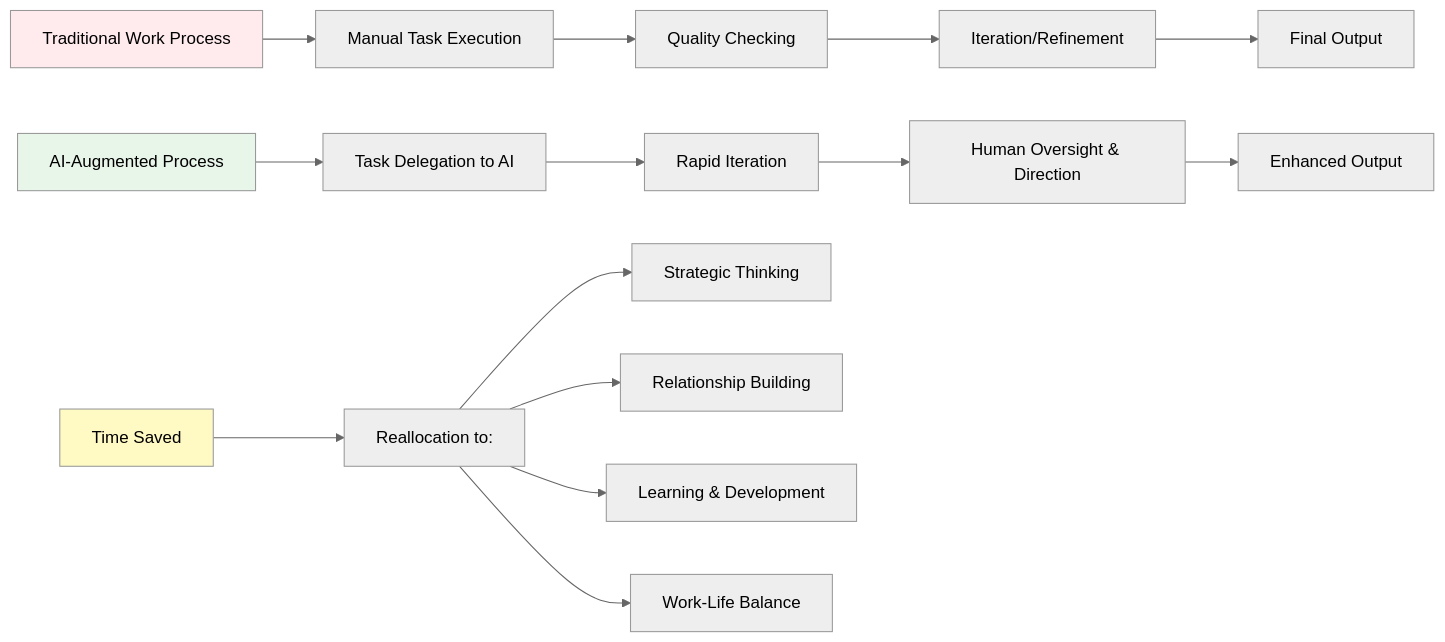
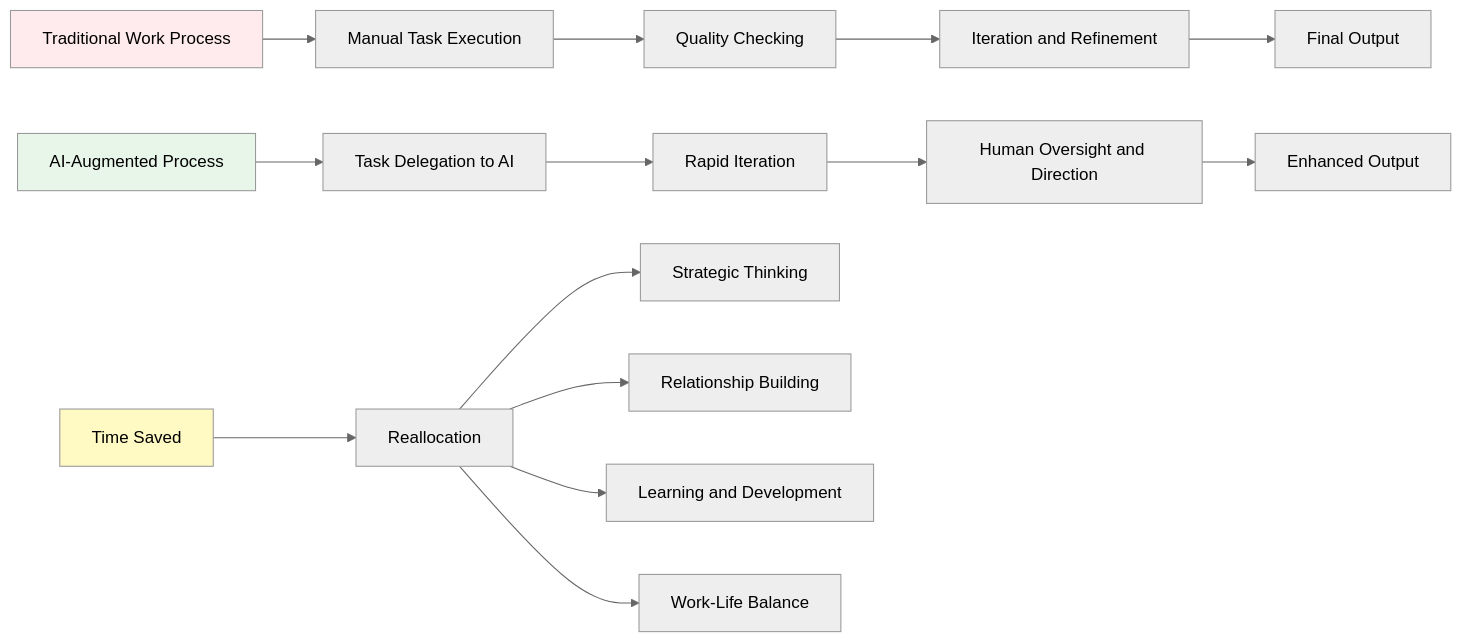
One commit to mikenguyen13/ai_in_action changed the second of 4 diagrams in 1091-llm-economics-overview.qmd. Above: the diagram before and after it, drawn with Mermaid. The commit also changed other lines of this file and 52 other files, not shown here.

Commit message:
Fix Mermaid rendering in 22 chapters: remove ampersands and br tags from node labels, move detail to tables

````diff
--- a/1091-llm-economics-overview.qmd
+++ b/1091-llm-economics-overview.qmd
@@ -229,26 +229,26 @@
 ```{mermaid}
 %%| label: fig-transformation-knowledge-work-processes
 %%| fig-cap: "The Transformation of Knowledge Work Processes"
 %%{init: {'theme':'neutral'}}%%
 graph LR
-    A[Traditional Work Process] --> B[Manual Task Execution]
-    B --> C[Quality Checking]
-    C --> D[Iteration/Refinement]
-    D --> E[Final Output]
-    
-    F[AI-Augmented Process] --> G[Task Delegation to AI]
-    G --> H[Rapid Iteration]
-    H --> I[Human Oversight & Direction]
-    I --> J[Enhanced Output]
-    
+    A["Traditional Work Process"] --> B["Manual Task Execution"]
+    B --> C["Quality Checking"]
+    C --> D["Iteration and Refinement"]
+    D --> E["Final Output"]
+
+    F["AI-Augmented Process"] --> G["Task Delegation to AI"]
+    G --> H["Rapid Iteration"]
+    H --> I["Human Oversight and Direction"]
+    I --> J["Enhanced Output"]
+
     style A fill:#ffebee
     style F fill:#e8f5e9
-    
-    K[Time Saved] --> L[Reallocation to:]
-    L --> M[Strategic Thinking]
-    L --> N[Relationship Building]
-    L --> O[Learning & Development]
-    L --> P[Work-Life Balance]
-    
+
+    K["Time Saved"] --> L["Reallocation"]
+    L --> M["Strategic Thinking"]
+    L --> N["Relationship Building"]
+    L --> O["Learning and Development"]
+    L --> P["Work-Life Balance"]
+
     style K fill:#fff9c4
 ```
````
